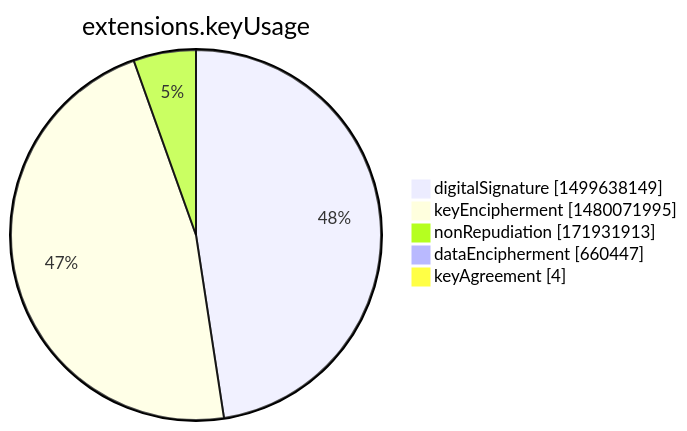
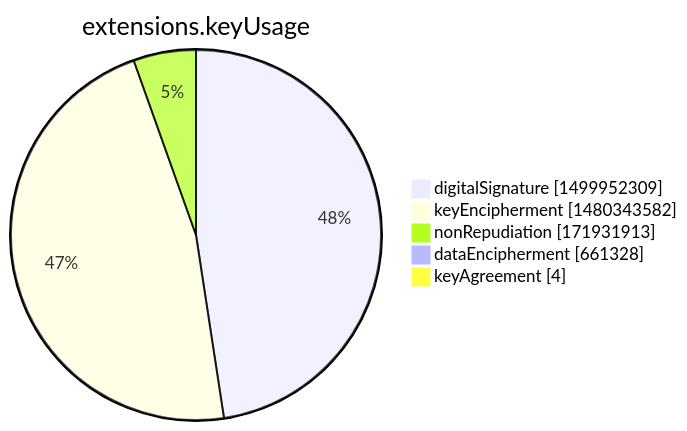
One commit to christiankrug/ctmonitor_visualization changed the seventh of 15 diagrams in argon2022/README.md. Above: the diagram before and after it, drawn with Mermaid. The commit also changed other lines of this file, not shown here.

````diff
--- a/argon2022/README.md
+++ b/argon2022/README.md
@@ -2751,9 +2751,9 @@
 ```mermaid
 pie showData
 title extensions.keyUsage
-"digitalSignature" :1499638149
-"keyEncipherment" :1480071995
+"digitalSignature" :1499952309
+"keyEncipherment" :1480343582
 "nonRepudiation" :171931913
-"dataEncipherment" :660447
+"dataEncipherment" :661328
 "keyAgreement" :4
 ```
````
